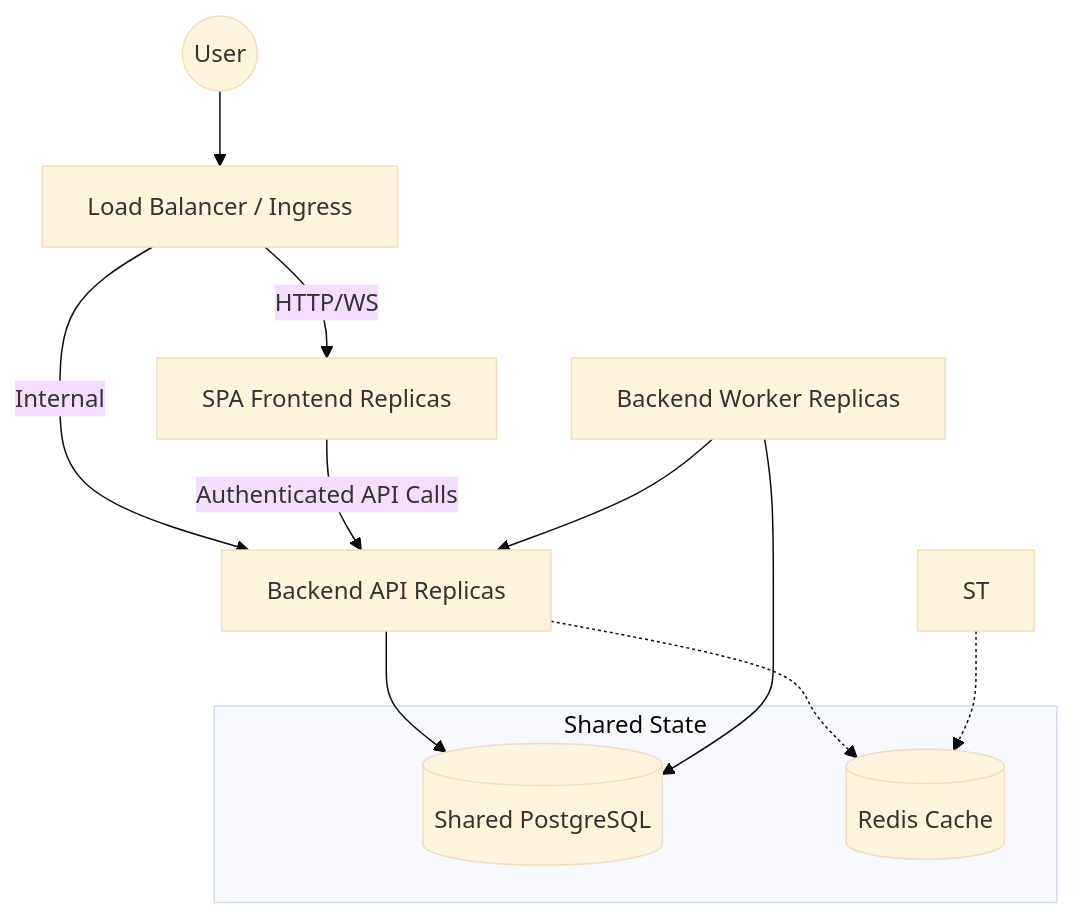
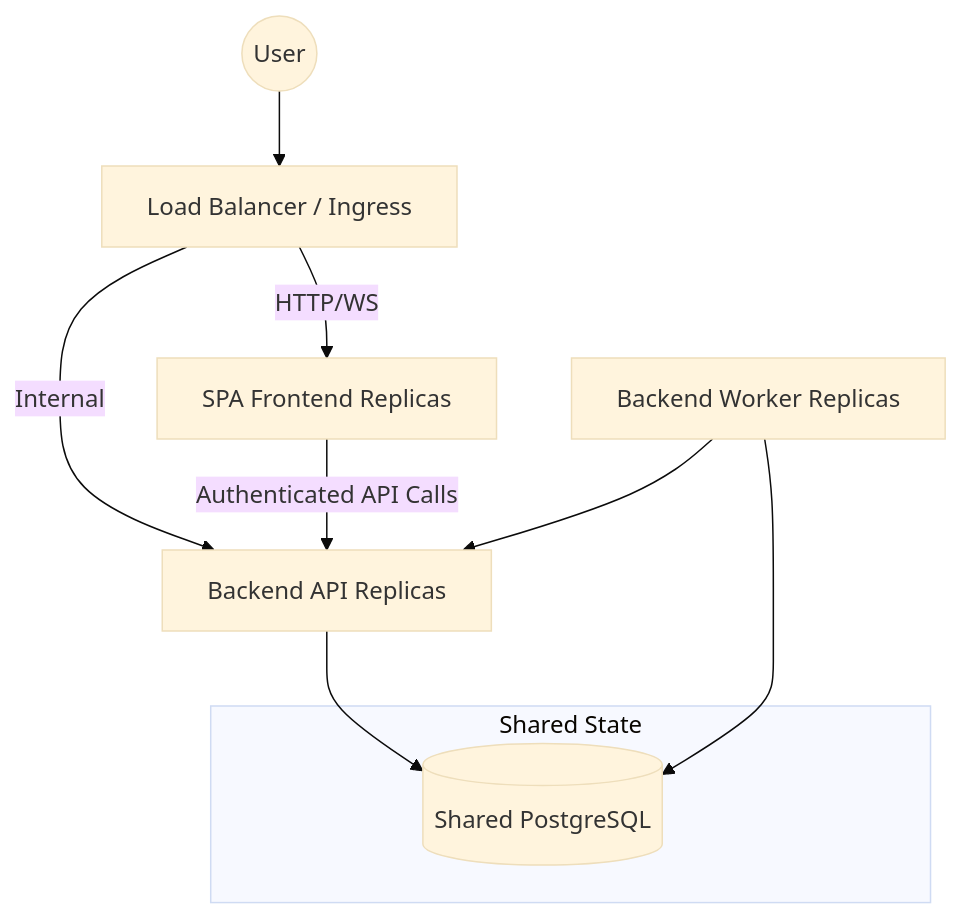
The diagram in DEPLOYMENT.md (FaraatarTID/okr), drawn with Mermaid (base theme) before and after one commit. The commit also changed other lines of this file and 26 other files, not shown here.

````diff
--- a/DEPLOYMENT.md
+++ b/DEPLOYMENT.md
@@ -423,17 +420,14 @@
 ```mermaid
 graph TD
     User((User)) --> LB[Load Balancer / Ingress]
     LB -- "HTTP/WS" --> SPA[SPA Frontend Replicas]
     LB -- "Internal" --> API[Backend API Replicas]
     API --> DB[(Shared PostgreSQL)]
     SPA -- "Authenticated API Calls" --> API
     Worker[Backend Worker Replicas] --> DB
     Worker --> API
 
     subgraph "Shared State"
         DB
-        Redis[(Redis Cache)]
     end
-    API -.-> Redis
-    ST -.-> Redis
 ```
````
